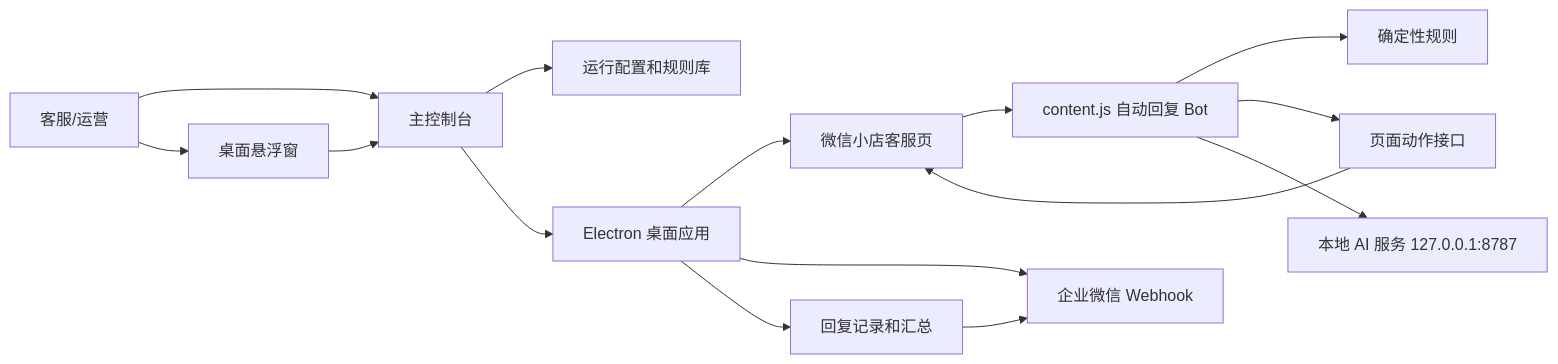
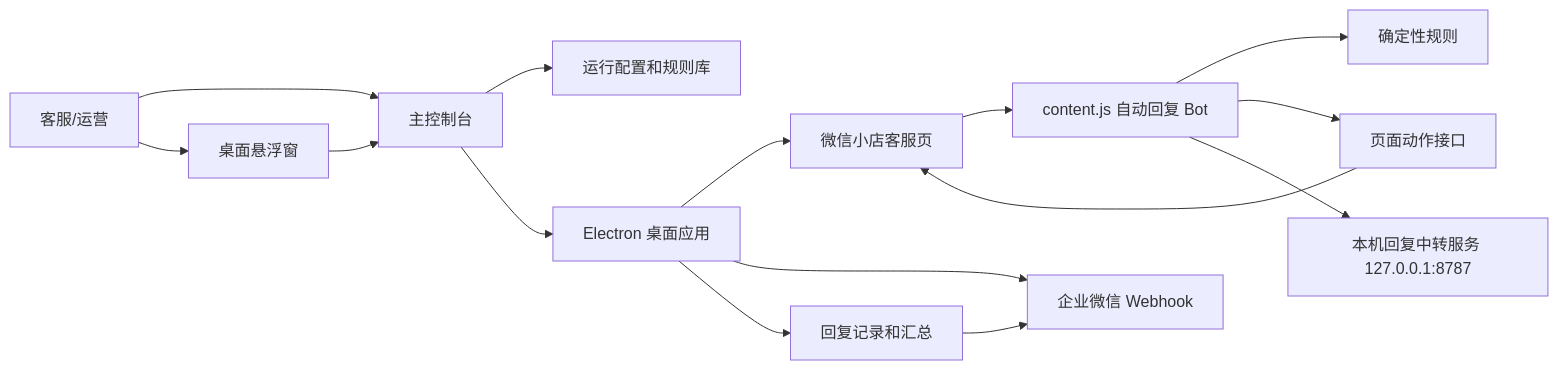
One commit to JahanHe/wechat-autoreply changed the first of 3 diagrams in docs/rich-user-guide.md. Above: the diagram before and after it, drawn with Mermaid. The commit also changed other lines of this file and 30 other files, not shown here.

Commit message:
feat: rebuild reply task flow for 0.4.4

````diff
--- a/docs/rich-user-guide.md
+++ b/docs/rich-user-guide.md
@@ -54,17 +54,17 @@
 ```mermaid
 flowchart LR
   User["客服/运营"] --> Console["主控制台"]
   User --> Float["桌面悬浮窗"]
   Console --> Config["运行配置和规则库"]
   Float --> Console
   Console --> App["Electron 桌面应用"]
   App --> Page["微信小店客服页"]
   Page --> Bot["content.js 自动回复 Bot"]
   Bot --> Rules["确定性规则"]
   Bot --> Actions["页面动作接口"]
-  Bot --> AI["本地 AI 服务 127.0.0.1:8787"]
+  Bot --> AI["本机回复中转服务 127.0.0.1:8787"]
   Actions --> Page
   App --> Notify["企业微信 Webhook"]
   App --> Records["回复记录和汇总"]
   Records --> Notify
 ```
````
